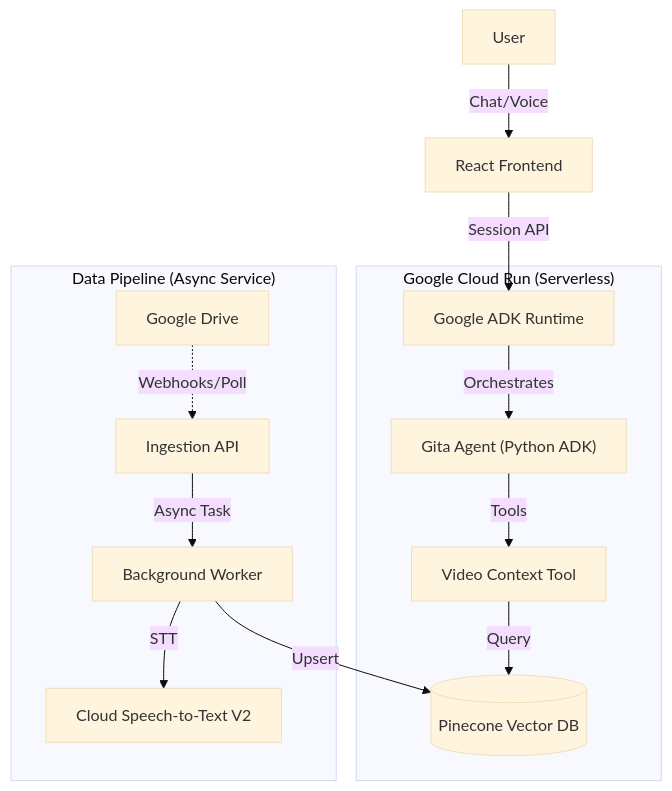
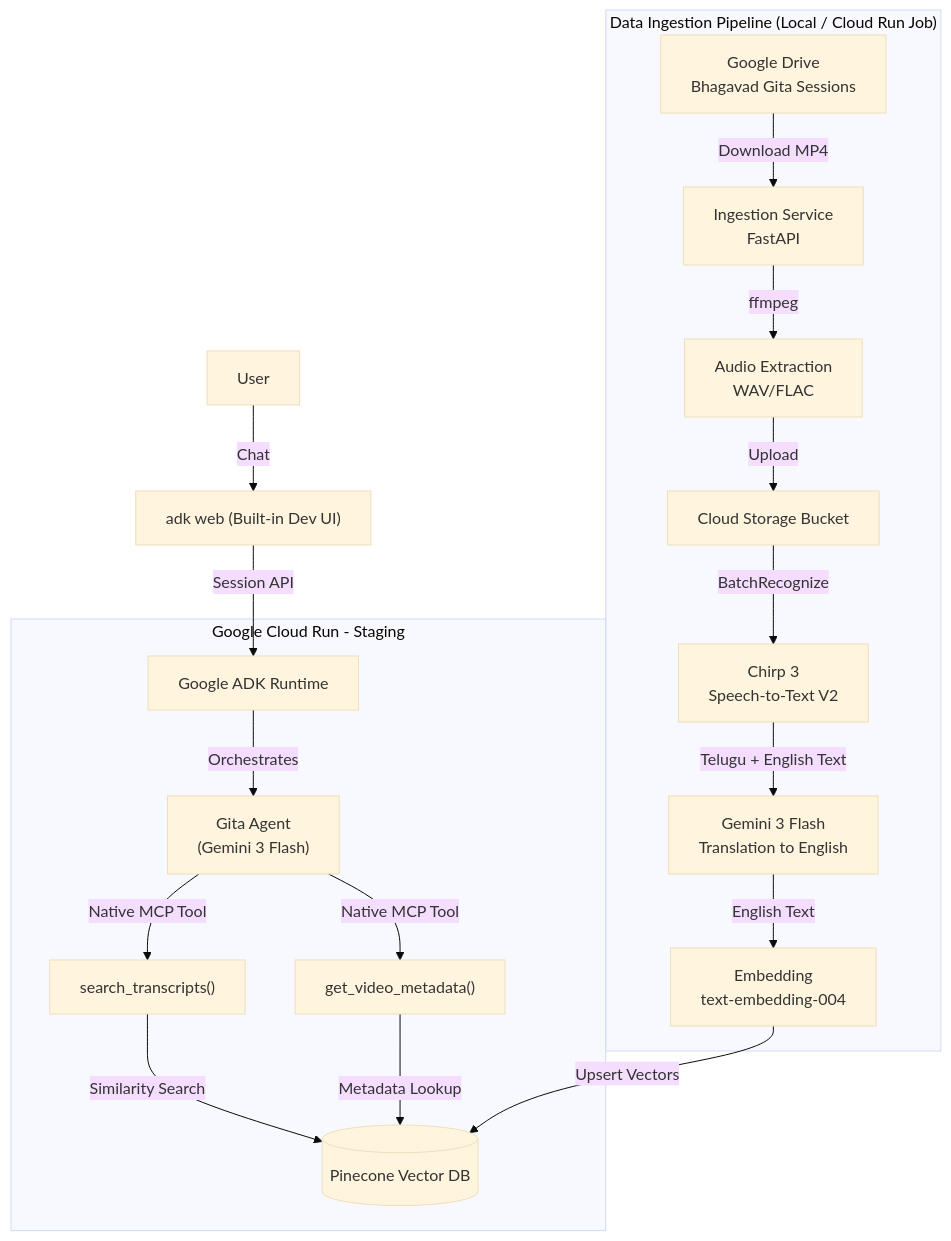
Before and after one commit to udayauma/gita-agent: the first of 4 diagrams in docs/detailed_technical_design.md, drawn with Mermaid (base theme). The commit also changed other lines of this file and 2 other files, not shown here.

First line of the commit message:
Revise technical design: Chirp 3 + Gemini 3 Flash translation pipeline, ADK native MCP, adk web MVP

````diff
--- a/docs/detailed_technical_design.md
+++ b/docs/detailed_technical_design.md
@@ -9,19 +13,23 @@
 ```mermaid
 graph TD
-    User[User] -->|Chat/Voice| UI[React Frontend]
-    UI -->|Session API| Runtime[Google ADK Runtime]
-    
-    subgraph "Google Cloud Run (Serverless)"
-        Runtime -->|Orchestrates| Agent["Gita Agent (Python ADK)"]
-        Agent -->|Tools| ContextTool[Video Context Tool]
-        
-        ContextTool -->|Query| VDB[(Pinecone Vector DB)]
+    User[User] -->|Chat| ADKWEB["adk web (Built-in Dev UI)"]
+    ADKWEB -->|Session API| Runtime[Google ADK Runtime]
+
+    subgraph "Google Cloud Run - Staging"
+        Runtime -->|Orchestrates| Agent["Gita Agent<br/>(Gemini 3 Flash)"]
+        Agent -->|Native MCP Tool| MCPTool["search_transcripts()"]
+        Agent -->|Native MCP Tool| MCPMeta["get_video_metadata()"]
+        MCPTool -->|Similarity Search| VDB[(Pinecone Vector DB)]
+        MCPMeta -->|Metadata Lookup| VDB
     end
-    
-    subgraph "Data Pipeline (Async Service)"
-        Drive[Google Drive] -.->|Webhooks/Poll| IngestAPI[Ingestion API]
-        IngestAPI -->|Async Task| Worker[Background Worker]
-        Worker -->|STT| SpeechAPI[Cloud Speech-to-Text V2]
-        Worker -->|Upsert| VDB
+
+    subgraph "Data Ingestion Pipeline (Local / Cloud Run Job)"
+        Drive[Google Drive<br/>Bhagavad Gita Sessions] -->|Download MP4| Ingest[Ingestion Service<br/>FastAPI]
+        Ingest -->|ffmpeg| Audio[Audio Extraction<br/>WAV/FLAC]
+        Audio -->|Upload| GCS[Cloud Storage Bucket]
+        GCS -->|BatchRecognize| STT[Chirp 3<br/>Speech-to-Text V2]
+        STT -->|Telugu + English Text| Trans[Gemini 3 Flash<br/>Translation to English]
+        Trans -->|English Text| Embed[Embedding<br/>text-embedding-004]
+        Embed -->|Upsert Vectors| VDB
     end
 ```
````
